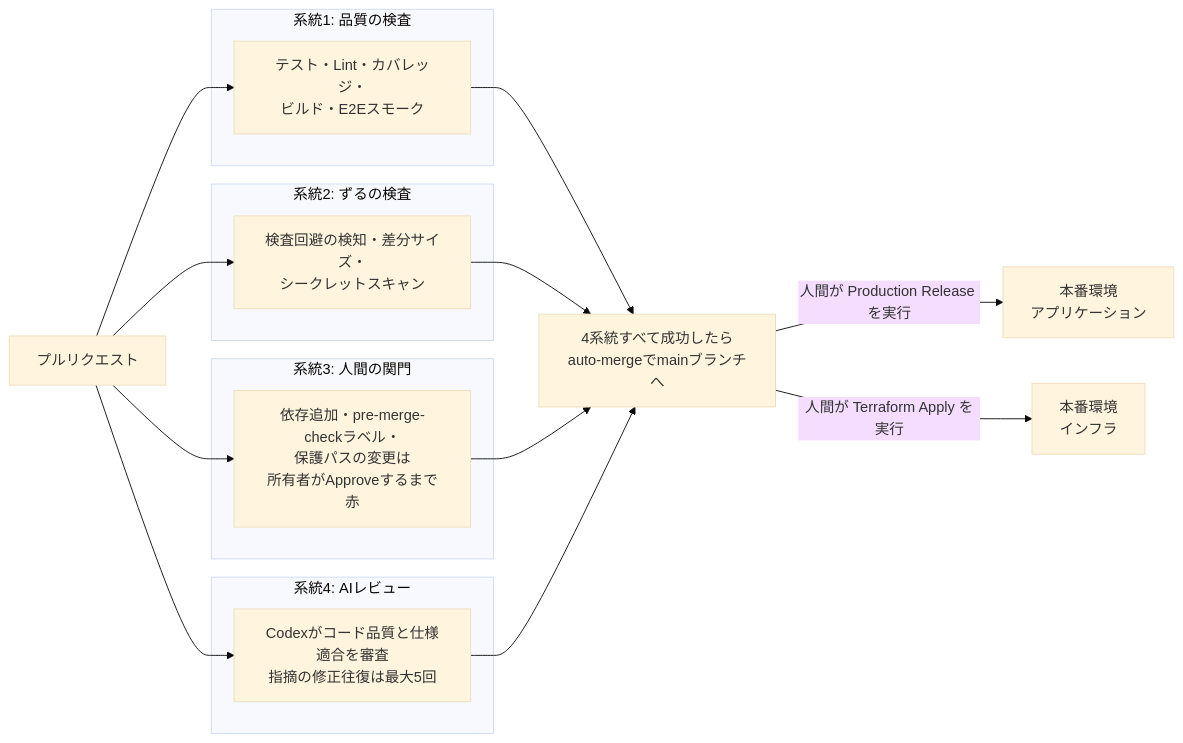
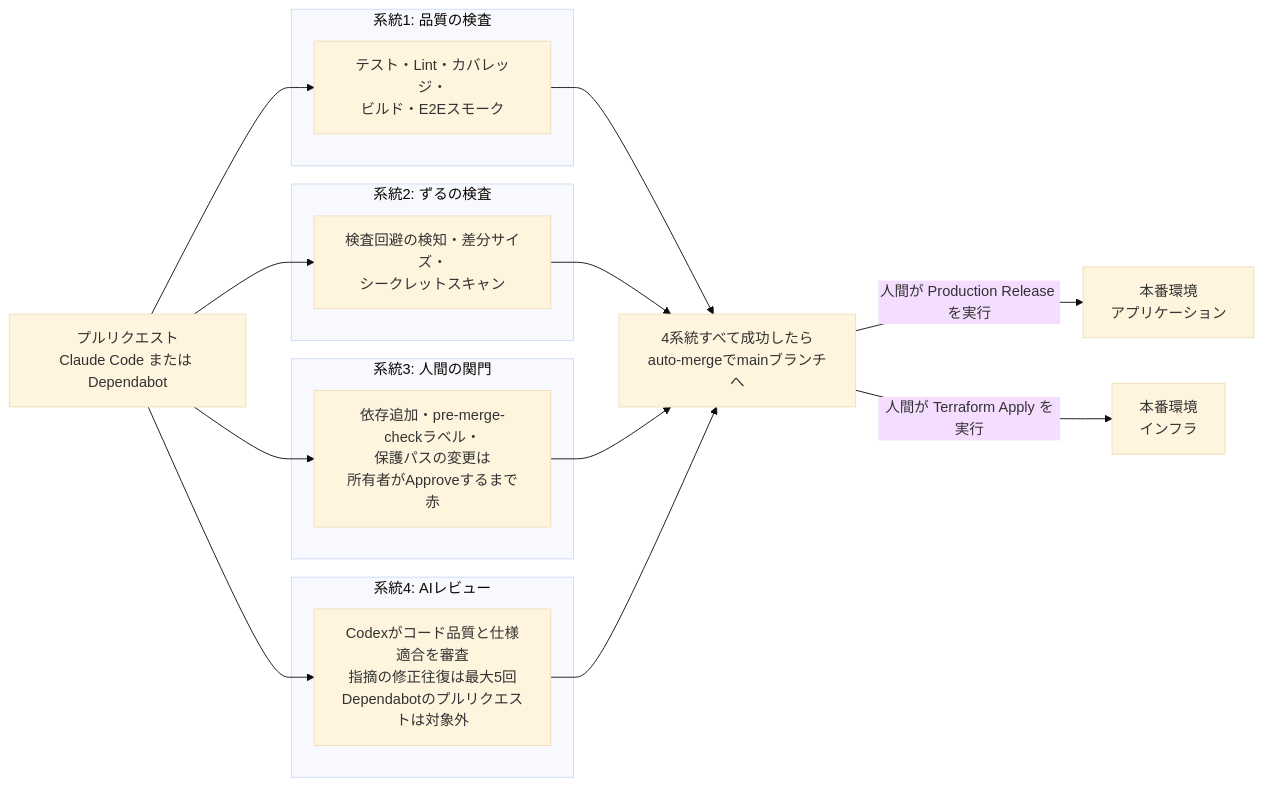
Before and after one commit to DogisRiki/KeirekiPro: the first of 2 diagrams in README.md, drawn with Mermaid (base theme). The commit also changed other lines of this file and 5 other files, not shown here.

````diff
--- a/README.md
+++ b/README.md
@@ -53,27 +53,27 @@
 ```mermaid
 flowchart LR
-    PR[プルリクエスト]
+    PR[プルリクエスト<br>Claude Code または Dependabot]
 
     subgraph s1[系統1: 品質の検査]
         Q[テスト・Lint・カバレッジ・<br>ビルド・E2Eスモーク]
     end
     subgraph s2[系統2: ずるの検査]
         Z[検査回避の検知・差分サイズ・<br>シークレットスキャン]
     end
     subgraph s3[系統3: 人間の関門]
         H[依存追加・pre-merge-checkラベル・<br>保護パスの変更は<br>所有者がApproveするまで赤]
     end
     subgraph s4[系統4: AIレビュー]
-        A[Codexがコード品質と仕様適合を審査<br>指摘の修正往復は最大5回]
+        A[Codexがコード品質と仕様適合を審査<br>指摘の修正往復は最大5回<br>Dependabotのプルリクエストは対象外]
     end
 
     PR --> Q
     PR --> Z
     PR --> H
     PR --> A
 
     Q & Z & H & A --> M[4系統すべて成功したら<br>auto-mergeでmainブランチへ]
 
     M -->|人間が Production Release を実行| App[本番環境<br>アプリケーション]
     M -->|人間が Terraform Apply を実行| Infra[本番環境<br>インフラ]
 ```
````
